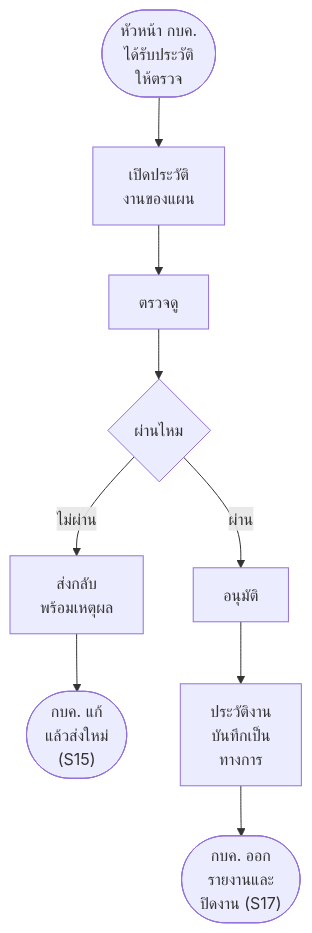
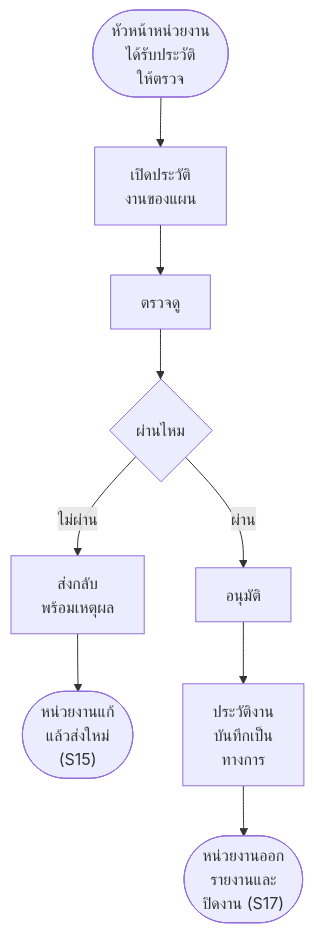
Before and after one commit to anugmail/Maintenance-Request-Form: diagram 17 of 20 in Diagram/01-บำรุงรักษาตามวาระ/27-บำรุงรักษา-flowchart-กิจกรรม.md, drawn with Mermaid. The commit also changed other lines of this file and 7 other files, not shown here.

First line of the commit message:
บำรุงรักษา: คำกลางแทน "กบค." ที่เป็นผู้ทำงาน (หน่วยงาน · หน่วยงานผู้ดำเนินการ · หัวหน้าหน่วยงาน · ผู้สร้างแผนเดินทาง) · "ดำเนินการเอง" แทน "กบค. ดำเนินการเอง"

````diff
--- a/Diagram/01-บำรุงรักษาตามวาระ/27-บำรุงรักษา-flowchart-กิจกรรม.md
+++ b/Diagram/01-บำรุงรักษาตามวาระ/27-บำรุงรักษา-flowchart-กิจกรรม.md
@@ -324,11 +324,11 @@
 ```mermaid
 flowchart TD
-    S(["หัวหน้า กบค.<br/>ได้รับประวัติ<br/>ให้ตรวจ"]) --> A1["เปิดประวัติ<br/>งานของแผน"]
+    S(["หัวหน้าหน่วยงาน<br/>ได้รับประวัติ<br/>ให้ตรวจ"]) --> A1["เปิดประวัติ<br/>งานของแผน"]
     A1 --> A2["ตรวจดู"]
     A2 --> Q1{"ผ่านไหม"}
     Q1 -->|ไม่ผ่าน| A3["ส่งกลับ<br/>พร้อมเหตุผล"]
-    A3 --> E1(["กบค. แก้<br/>แล้วส่งใหม่<br/>(S15)"])
+    A3 --> E1(["หน่วยงานแก้<br/>แล้วส่งใหม่<br/>(S15)"])
     Q1 -->|ผ่าน| A4["อนุมัติ"]
     A4 --> A5["ประวัติงาน<br/>บันทึกเป็น<br/>ทางการ"]
-    A5 --> E2(["กบค. ออก<br/>รายงานและ<br/>ปิดงาน (S17)"])
+    A5 --> E2(["หน่วยงานออก<br/>รายงานและ<br/>ปิดงาน (S17)"])
 ```
````
